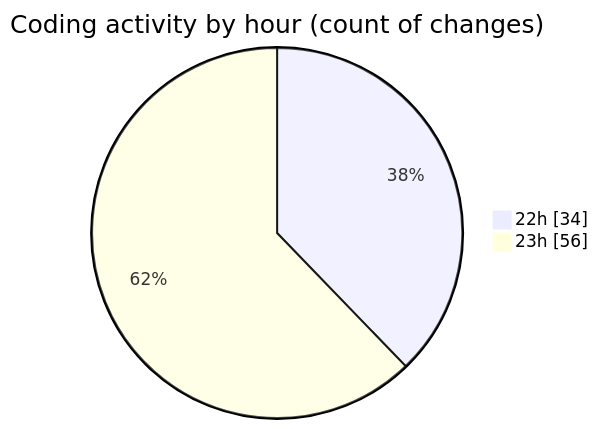
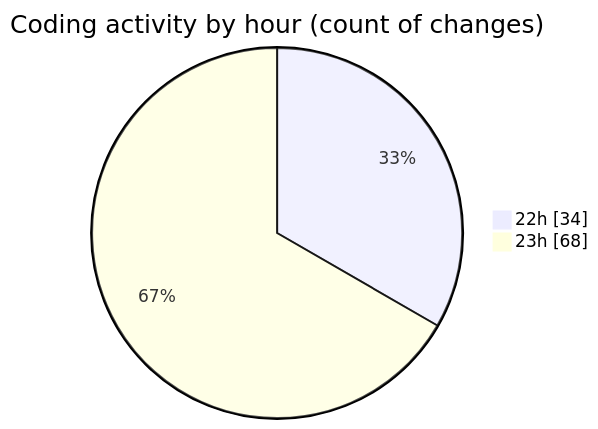
The second of 2 diagrams in 2025-07-14/nhahang/README.md (lephambinh05/code-tracking), drawn with Mermaid before and after one commit. The commit also changed other lines of this file and 1 other file, not shown here.

````diff
--- a/2025-07-14/nhahang/README.md
+++ b/2025-07-14/nhahang/README.md
@@ -72,6 +78,6 @@
 ```mermaid
 pie showData
 title Coding activity by hour (count of changes)
 "22h" : 34
-"23h" : 56
+"23h" : 68
 ```
````
